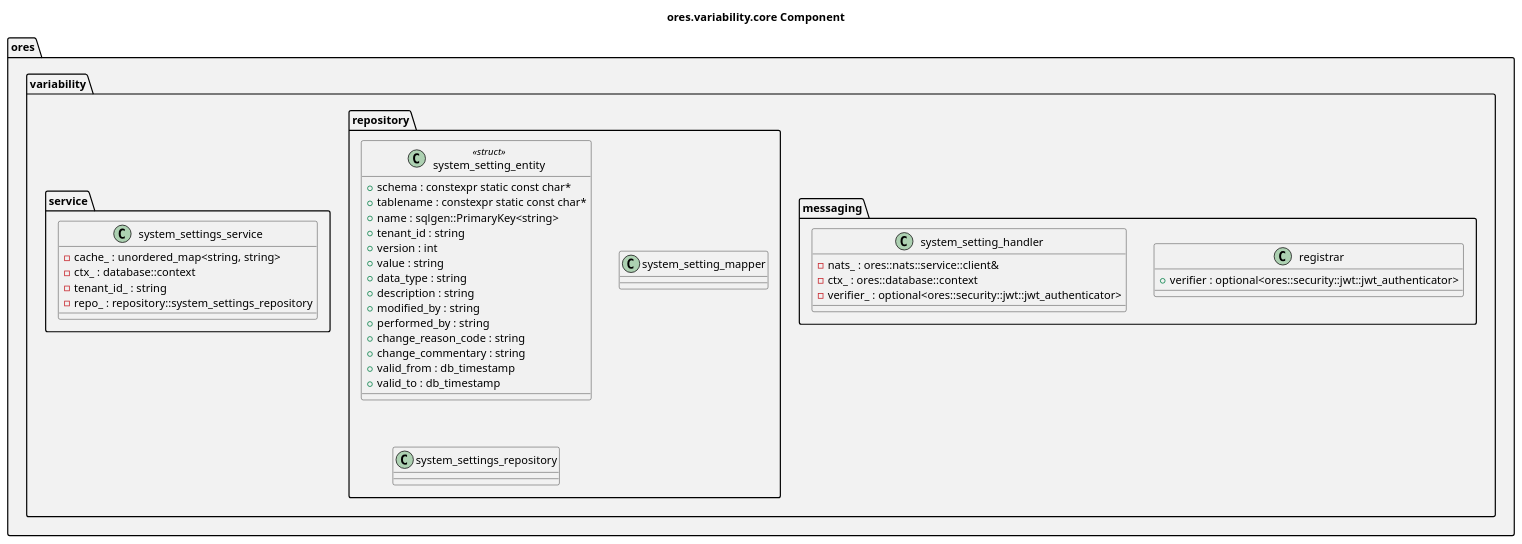
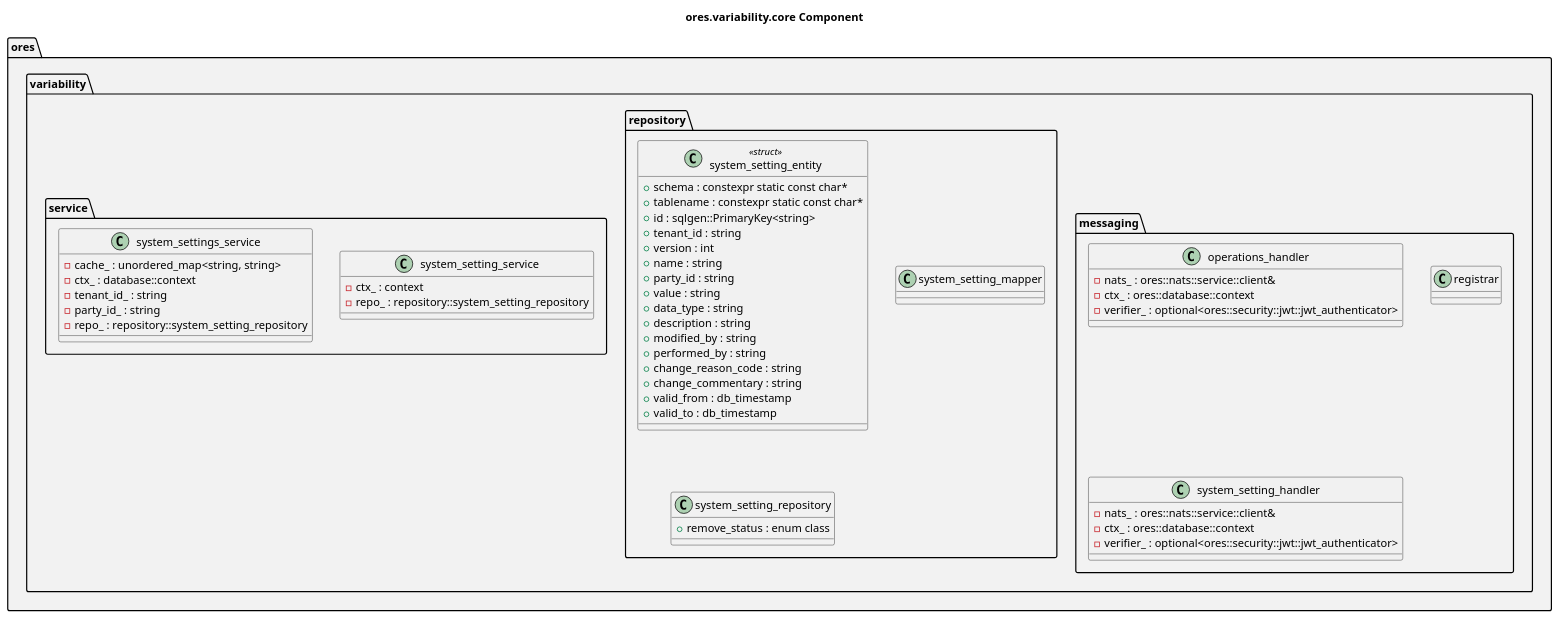
The diagram in projects/ores.variability/core/modeling/ores.variability.core.puml (OreStudio/OreStudio), drawn with PlantUML before and after one commit. The commit also changed 8 other files, not shown here.

First line of the commit message:
[variability] Refresh the diagrams and complete the shell part's model

```diff
--- a/projects/ores.variability/core/modeling/ores.variability.core.puml
+++ b/projects/ores.variability/core/modeling/ores.variability.core.puml
@@ -18,57 +18,69 @@
 @startuml
 
 title ores.variability.core Component
 
 set namespaceSeparator ::
 
 namespace ores #F2F2F2 {
     namespace variability #F2F2F2 {
         namespace messaging #F2F2F2 {
+            class operations_handler {
+                -nats_ : ores::nats::service::client&
+                -ctx_ : ores::database::context
+                -verifier_ : optional<ores::security::jwt::jwt_authenticator>
+            }
             class registrar {
-                +verifier : optional<ores::security::jwt::jwt_authenticator>
             }
             class system_setting_handler {
                 -nats_ : ores::nats::service::client&
                 -ctx_ : ores::database::context
                 -verifier_ : optional<ores::security::jwt::jwt_authenticator>
             }
         }
         namespace repository #F2F2F2 {
             class system_setting_entity <<struct>> {
                 +schema : constexpr static const char*
                 +tablename : constexpr static const char*
-                +name : sqlgen::PrimaryKey<string>
+                +id : sqlgen::PrimaryKey<string>
                 +tenant_id : string
                 +version : int
+                +name : string
+                +party_id : string
                 +value : string
                 +data_type : string
                 +description : string
                 +modified_by : string
                 +performed_by : string
                 +change_reason_code : string
                 +change_commentary : string
                 +valid_from : db_timestamp
                 +valid_to : db_timestamp
             }
             class system_setting_mapper {
             }
-            class system_settings_repository {
+            class system_setting_repository {
+                +remove_status : enum class
             }
         }
         namespace service #F2F2F2 {
+            class system_setting_service {
+                -ctx_ : context
+                -repo_ : repository::system_setting_repository
+            }
             class system_settings_service {
                 -cache_ : unordered_map<string, string>
                 -ctx_ : database::context
                 -tenant_id_ : string
-                -repo_ : repository::system_settings_repository
+                -party_id_ : string
+                -repo_ : repository::system_setting_repository
             }
         }
     }
 }
 
 ' --- manual: everything below this line is hand-authored; the script preserves it ---
 
 ' Local Variables:
 ' compile-command: "java -Djava.awt.headless=true -DPLANTUML_SECURITY_PROFILE=UNSECURE -DPLANTUML_LIMIT_SIZE=65535 -jar /usr/share/plantuml/plantuml.jar ores.variability.core.puml"
 ' End:
 @enduml
```
